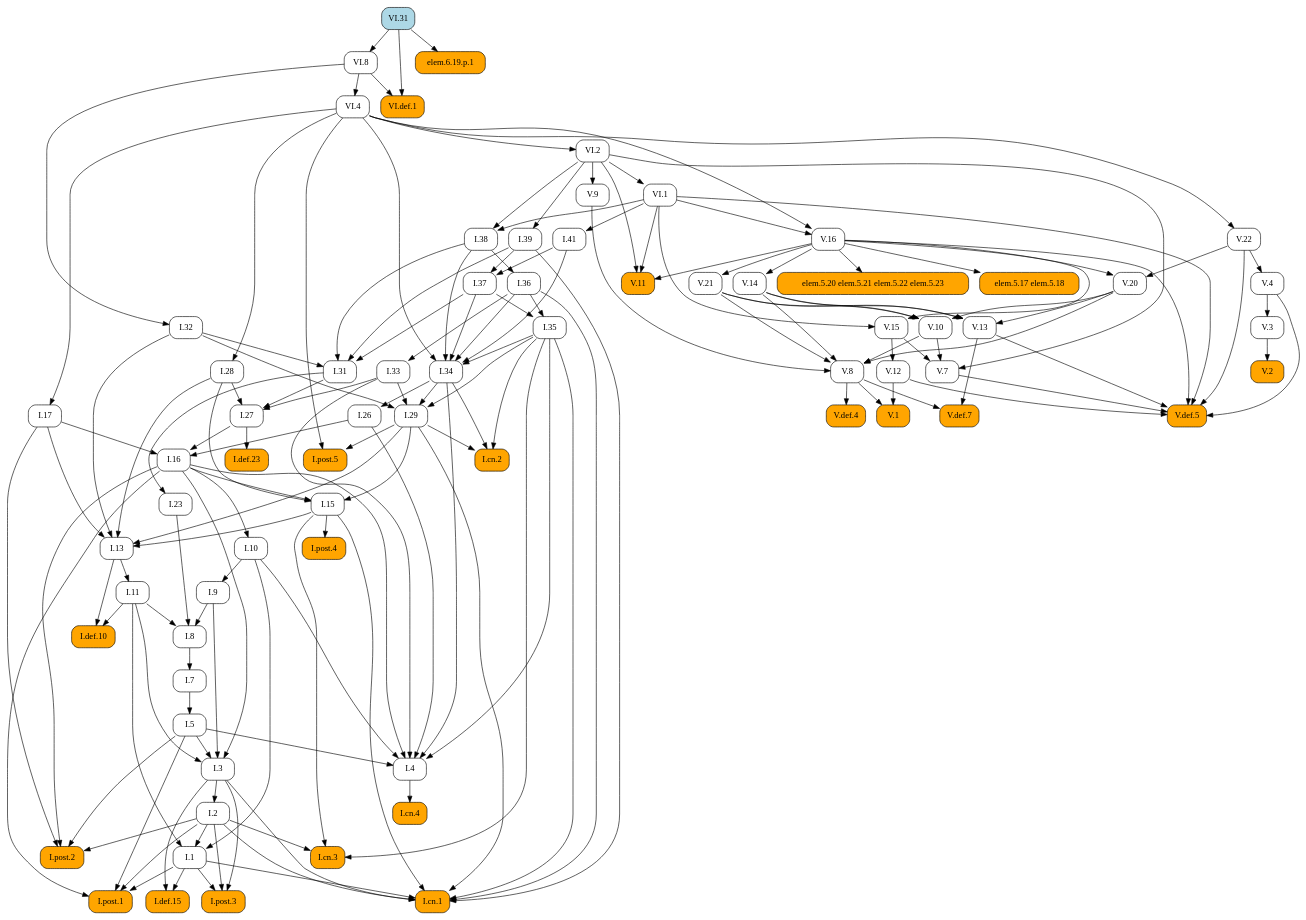
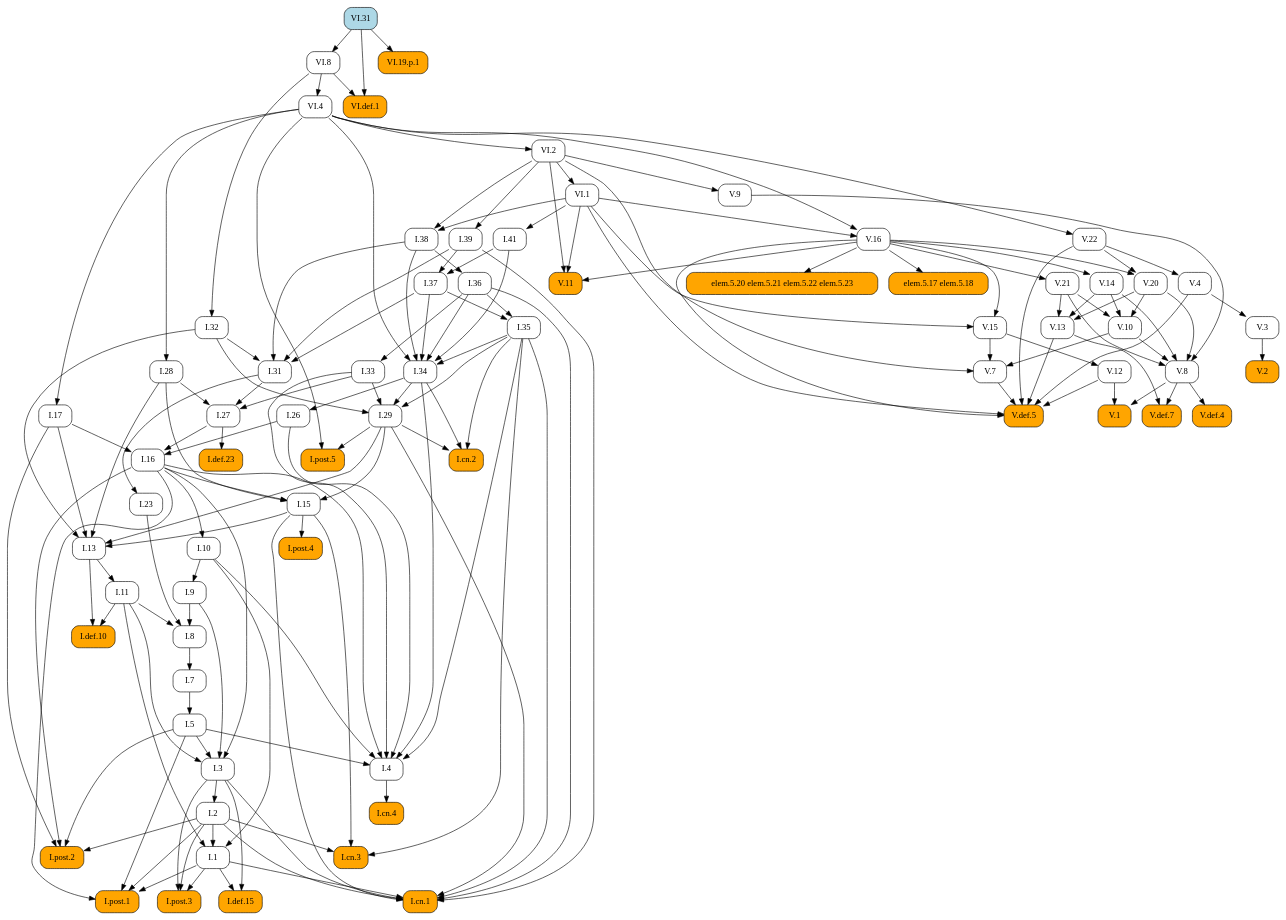
The diagram in docsrc/heath/VI/31/index.rst (geometor/elements), drawn with Graphviz before and after one commit. The commit also changed other lines of this file and 484 other files, not shown here.

```diff
--- a/docsrc/heath/VI/31/index.rst
+++ b/docsrc/heath/VI/31/index.rst
@@ -44,84 +44,173 @@
    digraph {
      rankdir="TB";
      node [shape=box, style=rounded];
+     "I.23" [URL="/heath/I/23/", target="_top"];
+     "I.9" [URL="/heath/I/9/", target="_top"];
+     "VI.def.1" [style="rounded,filled", fillcolor=orange, URL="/heath/VI/def.1/", target="_top"];
+     "V.13" [URL="/heath/V/13/", target="_top"];
+     "I.def.15" [style="rounded,filled", fillcolor=orange, URL="/heath/I/def.15/", target="_top"];
+     "V.7" [URL="/heath/V/7/", target="_top"];
+     "elem.5.17 elem.5.18" [style="rounded,filled", fillcolor=orange];
+     "I.post.1" [style="rounded,filled", fillcolor=orange, URL="/heath/I/post.1/", target="_top"];
+     "V.14" [URL="/heath/V/14/", target="_top"];
+     "V.9" [URL="/heath/V/9/", target="_top"];
+     "I.31" [URL="/heath/I/31/", target="_top"];
      "I.def.10" [style="rounded,filled", fillcolor=orange, URL="/heath/I/def.10/", target="_top"];
+     "V.10" [URL="/heath/V/10/", target="_top"];
+     "V.4" [URL="/heath/V/4/", target="_top"];
+     "VI.1" [URL="/heath/VI/1/", target="_top"];
+     "I.39" [URL="/heath/I/39/", target="_top"];
+     "V.11" [style="rounded,filled", fillcolor=orange, URL="/heath/V/11/", target="_top"];
+     "I.34" [URL="/heath/I/34/", target="_top"];
+     "I.3" [URL="/heath/I/3/", target="_top"];
+     "V.def.4" [style="rounded,filled", fillcolor=orange, URL="/heath/V/def.4/", target="_top"];
+     "V.def.7" [style="rounded,filled", fillcolor=orange, URL="/heath/V/def.7/", target="_top"];
+     "V.21" [URL="/heath/V/21/", target="_top"];
+     "I.2" [URL="/heath/I/2/", target="_top"];
+     "V.3" [URL="/heath/V/3/", target="_top"];
+     "I.13" [URL="/heath/I/13/", target="_top"];
+     "I.post.4" [style="rounded,filled", fillcolor=orange, URL="/heath/I/post.4/", target="_top"];
+     "I.4" [URL="/heath/I/4/", target="_top"];
+     "I.1" [URL="/heath/I/1/", target="_top"];
+     "I.17" [URL="/heath/I/17/", target="_top"];
+     "I.8" [URL="/heath/I/8/", target="_top"];
+     "I.29" [URL="/heath/I/29/", target="_top"];
+     "I.38" [URL="/heath/I/38/", target="_top"];
+     "V.8" [URL="/heath/V/8/", target="_top"];
+     "I.15" [URL="/heath/I/15/", target="_top"];
+     "I.10" [URL="/heath/I/10/", target="_top"];
      "I.11" [URL="/heath/I/11/", target="_top"];
-     "I.post.4" [style="rounded,filled", fillcolor=orange, URL="/heath/I/post.4/", target="_top"];
-     "I.28" [URL="/heath/I/28/", target="_top"];
-     "I.1" [URL="/heath/I/1/", target="_top"];
+     "I.def.23" [style="rounded,filled", fillcolor=orange, URL="/heath/I/def.23/", target="_top"];
+     "VI.8" [URL="/heath/VI/8/", target="_top"];
+     "VI.4" [URL="/heath/VI/4/", target="_top"];
+     "I.26" [URL="/heath/I/26/", target="_top"];
+     "VI.31" [style="rounded,filled", fillcolor=lightblue, URL="/heath/VI/31/", target="_top"];
+     "V.16" [URL="/heath/V/16/", target="_top"];
+     "I.33" [URL="/heath/I/33/", target="_top"];
+     "I.32" [URL="/heath/I/32/", target="_top"];
+     "I.post.3" [style="rounded,filled", fillcolor=orange, URL="/heath/I/post.3/", target="_top"];
      "V.def.5" [style="rounded,filled", fillcolor=orange, URL="/heath/V/def.5/", target="_top"];
-     "VI.31" [style="rounded,filled", fillcolor=lightblue, URL="/heath/VI/31/", target="_top"];
-     "V.13" [URL="/heath/V/13/", target="_top"];
-     "V.11" [style="rounded,filled", fillcolor=orange, URL="/heath/V/11/", target="_top"];
-     "I.post.3" [style="rounded,filled", fillcolor=orange, URL="/heath/I/post.3/", target="_top"];
-     "VI.1" [URL="/heath/VI/1/", target="_top"];
-     "I.cn.3" [style="rounded,filled", fillcolor=orange, URL="/heath/I/cn.3/", target="_top"];
-     "V.16" [URL="/heath/V/16/", target="_top"];
-     "VI.4" [URL="/heath/VI/4/", target="_top"];
-     "V.3" [URL="/heath/V/3/", target="_top"];
-     "V.8" [URL="/heath/V/8/", target="_top"];
      "I.27" [URL="/heath/I/27/", target="_top"];
-     "I.36" [URL="/heath/I/36/", target="_top"];
-     "I.41" [URL="/heath/I/41/", target="_top"];
-     "I.37" [URL="/heath/I/37/", target="_top"];
-     "I.34" [URL="/heath/I/34/", target="_top"];
-     "I.2" [URL="/heath/I/2/", target="_top"];
-     "I.def.23" [style="rounded,filled", fillcolor=orange, URL="/heath/I/def.23/", target="_top"];
-     "I.17" [URL="/heath/I/17/", target="_top"];
-     "I.33" [URL="/heath/I/33/", target="_top"];
-     "I.post.2" [style="rounded,filled", fillcolor=orange, URL="/heath/I/post.2/", target="_top"];
-     "VI.def.1" [style="rounded,filled", fillcolor=orange, URL="/heath/VI/def.1/", target="_top"];
-     "elem.5.20 elem.5.21 elem.5.22 elem.5.23" [style="rounded,filled", fillcolor=orange];
-     "I.9" [URL="/heath/I/9/", target="_top"];
-     "I.32" [URL="/heath/I/32/", target="_top"];
-     "I.cn.4" [style="rounded,filled", fillcolor=orange, URL="/heath/I/cn.4/", target="_top"];
-     "V.def.4" [style="rounded,filled", fillcolor=orange, URL="/heath/V/def.4/", target="_top"];
-     "I.15" [URL="/heath/I/15/", target="_top"];
-     "I.38" [URL="/heath/I/38/", target="_top"];
-     "V.def.7" [style="rounded,filled", fillcolor=orange, URL="/heath/V/def.7/", target="_top"];
-     "I.5" [URL="/heath/I/5/", target="_top"];
-     "V.21" [URL="/heath/V/21/", target="_top"];
-     "I.39" [URL="/heath/I/39/", target="_top"];
-     "I.26" [URL="/heath/I/26/", target="_top"];
-     "V.14" [URL="/heath/V/14/", target="_top"];
-     "I.29" [URL="/heath/I/29/", target="_top"];
-     "V.22" [URL="/heath/V/22/", target="_top"];
+     "V.20" [URL="/heath/V/20/", target="_top"];
      "V.12" [URL="/heath/V/12/", target="_top"];
-     "I.cn.2" [style="rounded,filled", fillcolor=orange, URL="/heath/I/cn.2/", target="_top"];
-     "V.20" [URL="/heath/V/20/", target="_top"];
-     "V.10" [URL="/heath/V/10/", target="_top"];
-     "VI.2" [URL="/heath/VI/2/", target="_top"];
-     "I.def.15" [style="rounded,filled", fillcolor=orange, URL="/heath/I/def.15/", target="_top"];
-     "V.15" [URL="/heath/V/15/", target="_top"];
+     "V.2" [style="rounded,filled", fillcolor=orange, URL="/heath/V/2/", target="_top"];
      "I.cn.1" [style="rounded,filled", fillcolor=orange, URL="/heath/I/cn.1/", target="_top"];
-     "V.7" [URL="/heath/V/7/", target="_top"];
-     "V.9" [URL="/heath/V/9/", target="_top"];
-     "I.23" [URL="/heath/I/23/", target="_top"];
-     "I.post.1" [style="rounded,filled", fillcolor=orange, URL="/heath/I/post.1/", target="_top"];
-     "elem.6.19.p.1" [style="rounded,filled", fillcolor=orange];
      "I.35" [URL="/heath/I/35/", target="_top"];
      "I.7" [URL="/heath/I/7/", target="_top"];
-     "I.3" [URL="/heath/I/3/", target="_top"];
-     "I.4" [URL="/heath/I/4/", target="_top"];
-     "I.13" [URL="/heath/I/13/", target="_top"];
-     "V.4" [URL="/heath/V/4/", target="_top"];
-     "I.31" [URL="/heath/I/31/", target="_top"];
+     "I.36" [URL="/heath/I/36/", target="_top"];
+     "I.5" [URL="/heath/I/5/", target="_top"];
+     "I.37" [URL="/heath/I/37/", target="_top"];
+     "VI.19.p.1" [style="rounded,filled", fillcolor=orange];
+     "I.cn.3" [style="rounded,filled", fillcolor=orange, URL="/heath/I/cn.3/", target="_top"];
+     "I.16" [URL="/heath/I/16/", target="_top"];
+     "V.22" [URL="/heath/V/22/", target="_top"];
      "V.1" [style="rounded,filled", fillcolor=orange, URL="/heath/V/1/", target="_top"];
-     "I.16" [URL="/heath/I/16/", target="_top"];
-     "elem.5.17 elem.5.18" [style="rounded,filled", fillcolor=orange];
-     "VI.8" [URL="/heath/VI/8/", target="_top"];
-     "I.8" [URL="/heath/I/8/", target="_top"];
-     "V.2" [style="rounded,filled", fillcolor=orange, URL="/heath/V/2/", target="_top"];
+     "I.cn.2" [style="rounded,filled", fillcolor=orange, URL="/heath/I/cn.2/", target="_top"];
      "I.post.5" [style="rounded,filled", fillcolor=orange, URL="/heath/I/post.5/", target="_top"];
-     "I.10" [URL="/heath/I/10/", target="_top"];
+     "I.28" [URL="/heath/I/28/", target="_top"];
+     "VI.2" [URL="/heath/VI/2/", target="_top"];
+     "I.cn.4" [style="rounded,filled", fillcolor=orange, URL="/heath/I/cn.4/", target="_top"];
+     "I.post.2" [style="rounded,filled", fillcolor=orange, URL="/heath/I/post.2/", target="_top"];
+     "V.15" [URL="/heath/V/15/", target="_top"];
+     "I.41" [URL="/heath/I/41/", target="_top"];
+     "elem.5.20 elem.5.21 elem.5.22 elem.5.23" [style="rounded,filled", fillcolor=orange];
+     "I.31" -> "I.23";
+     "I.10" -> "I.9";
+     "VI.8" -> "VI.def.1";
+     "VI.31" -> "VI.def.1";
+     "V.14" -> "V.13";
+     "V.20" -> "V.13";
+     "V.21" -> "V.13";
+     "I.1" -> "I.def.15";
+     "I.3" -> "I.def.15";
+     "V.10" -> "V.7";
+     "V.15" -> "V.7";
+     "VI.2" -> "V.7";
+     "V.16" -> "elem.5.17 elem.5.18";
+     "I.1" -> "I.post.1";
+     "I.2" -> "I.post.1";
+     "I.5" -> "I.post.1";
+     "I.16" -> "I.post.1";
+     "V.16" -> "V.14";
+     "VI.2" -> "V.9";
+     "I.32" -> "I.31";
+     "I.37" -> "I.31";
+     "I.38" -> "I.31";
+     "I.39" -> "I.31";
      "I.11" -> "I.def.10";
      "I.13" -> "I.def.10";
-     "I.13" -> "I.11";
+     "V.14" -> "V.10";
+     "V.20" -> "V.10";
+     "V.21" -> "V.10";
+     "V.22" -> "V.4";
+     "VI.2" -> "VI.1";
+     "VI.2" -> "I.39";
+     "V.16" -> "V.11";
+     "VI.1" -> "V.11";
+     "VI.2" -> "V.11";
+     "I.35" -> "I.34";
+     "I.36" -> "I.34";
+     "I.37" -> "I.34";
+     "I.38" -> "I.34";
+     "I.41" -> "I.34";
+     "VI.4" -> "I.34";
+     "I.5" -> "I.3";
+     "I.9" -> "I.3";
+     "I.11" -> "I.3";
+     "I.16" -> "I.3";
+     "V.8" -> "V.def.4";
+     "V.8" -> "V.def.7";
+     "V.13" -> "V.def.7";
+     "V.16" -> "V.21";
+     "I.3" -> "I.2";
+     "V.4" -> "V.3";
+     "I.15" -> "I.13";
+     "I.17" -> "I.13";
+     "I.28" -> "I.13";
+     "I.29" -> "I.13";
+     "I.32" -> "I.13";
      "I.15" -> "I.post.4";
-     "VI.4" -> "I.28";
+     "I.5" -> "I.4";
+     "I.10" -> "I.4";
+     "I.16" -> "I.4";
+     "I.26" -> "I.4";
+     "I.33" -> "I.4";
+     "I.34" -> "I.4";
+     "I.35" -> "I.4";
      "I.2" -> "I.1";
      "I.10" -> "I.1";
      "I.11" -> "I.1";
+     "VI.4" -> "I.17";
+     "I.9" -> "I.8";
+     "I.11" -> "I.8";
+     "I.23" -> "I.8";
+     "I.32" -> "I.29";
+     "I.33" -> "I.29";
+     "I.34" -> "I.29";
+     "I.35" -> "I.29";
+     "VI.1" -> "I.38";
+     "VI.2" -> "I.38";
+     "V.9" -> "V.8";
+     "V.10" -> "V.8";
+     "V.14" -> "V.8";
+     "V.20" -> "V.8";
+     "V.21" -> "V.8";
+     "I.16" -> "I.15";
+     "I.28" -> "I.15";
+     "I.29" -> "I.15";
+     "I.16" -> "I.10";
+     "I.13" -> "I.11";
+     "I.27" -> "I.def.23";
+     "VI.31" -> "VI.8";
+     "VI.8" -> "VI.4";
+     "I.34" -> "I.26";
+     "VI.1" -> "V.16";
+     "VI.4" -> "V.16";
+     "I.36" -> "I.33";
+     "VI.8" -> "I.32";
+     "I.1" -> "I.post.3";
+     "I.2" -> "I.post.3";
+     "I.3" -> "I.post.3";
      "V.4" -> "V.def.5";
      "V.7" -> "V.def.5";
      "V.12" -> "V.def.5";
@@ -129,87 +218,13 @@
      "V.16" -> "V.def.5";
      "V.22" -> "V.def.5";
      "VI.1" -> "V.def.5";
-     "V.14" -> "V.13";
-     "V.20" -> "V.13";
-     "V.21" -> "V.13";
-     "V.16" -> "V.11";
-     "VI.1" -> "V.11";
-     "VI.2" -> "V.11";
-     "I.1" -> "I.post.3";
-     "I.2" -> "I.post.3";
-     "I.3" -> "I.post.3";
-     "VI.2" -> "VI.1";
-     "I.2" -> "I.cn.3";
-     "I.15" -> "I.cn.3";
-     "I.35" -> "I.cn.3";
-     "VI.1" -> "V.16";
-     "VI.4" -> "V.16";
-     "VI.8" -> "VI.4";
-     "V.4" -> "V.3";
-     "V.9" -> "V.8";
-     "V.10" -> "V.8";
-     "V.14" -> "V.8";
-     "V.20" -> "V.8";
-     "V.21" -> "V.8";
      "I.28" -> "I.27";
      "I.31" -> "I.27";
      "I.33" -> "I.27";
-     "I.38" -> "I.36";
-     "VI.1" -> "I.41";
-     "I.39" -> "I.37";
-     "I.41" -> "I.37";
-     "I.35" -> "I.34";
-     "I.36" -> "I.34";
-     "I.37" -> "I.34";
-     "I.38" -> "I.34";
-     "I.41" -> "I.34";
-     "VI.4" -> "I.34";
-     "I.3" -> "I.2";
-     "I.27" -> "I.def.23";
-     "VI.4" -> "I.17";
-     "I.36" -> "I.33";
-     "I.2" -> "I.post.2";
-     "I.5" -> "I.post.2";
-     "I.16" -> "I.post.2";
-     "I.17" -> "I.post.2";
-     "VI.8" -> "VI.def.1";
-     "VI.31" -> "VI.def.1";
-     "V.16" -> "elem.5.20 elem.5.21 elem.5.22 elem.5.23";
-     "I.10" -> "I.9";
-     "VI.8" -> "I.32";
-     "I.4" -> "I.cn.4";
-     "V.8" -> "V.def.4";
-     "I.16" -> "I.15";
-     "I.28" -> "I.15";
-     "I.29" -> "I.15";
-     "VI.1" -> "I.38";
-     "VI.2" -> "I.38";
-     "V.8" -> "V.def.7";
-     "V.13" -> "V.def.7";
-     "I.7" -> "I.5";
-     "V.16" -> "V.21";
-     "VI.2" -> "I.39";
-     "I.34" -> "I.26";
-     "V.16" -> "V.14";
-     "I.32" -> "I.29";
-     "I.33" -> "I.29";
-     "I.34" -> "I.29";
-     "I.35" -> "I.29";
-     "VI.4" -> "V.22";
-     "V.15" -> "V.12";
-     "I.29" -> "I.cn.2";
-     "I.34" -> "I.cn.2";
-     "I.35" -> "I.cn.2";
      "V.16" -> "V.20";
      "V.22" -> "V.20";
-     "V.14" -> "V.10";
-     "V.20" -> "V.10";
-     "V.21" -> "V.10";
-     "VI.4" -> "VI.2";
-     "I.1" -> "I.def.15";
-     "I.3" -> "I.def.15";
-     "V.16" -> "V.15";
-     "VI.1" -> "V.15";
+     "V.15" -> "V.12";
+     "V.3" -> "V.2";
      "I.1" -> "I.cn.1";
      "I.2" -> "I.cn.1";
      "I.3" -> "I.cn.1";
@@ -218,52 +233,37 @@
      "I.35" -> "I.cn.1";
      "I.36" -> "I.cn.1";
      "I.39" -> "I.cn.1";
-     "V.10" -> "V.7";
-     "V.15" -> "V.7";
-     "VI.2" -> "V.7";
-     "VI.2" -> "V.9";
-     "I.31" -> "I.23";
-     "I.1" -> "I.post.1";
-     "I.2" -> "I.post.1";
-     "I.5" -> "I.post.1";
-     "I.16" -> "I.post.1";
-     "VI.31" -> "elem.6.19.p.1";
      "I.36" -> "I.35";
      "I.37" -> "I.35";
      "I.8" -> "I.7";
-     "I.5" -> "I.3";
-     "I.9" -> "I.3";
-     "I.11" -> "I.3";
-     "I.16" -> "I.3";
-     "I.5" -> "I.4";
-     "I.10" -> "I.4";
-     "I.16" -> "I.4";
-     "I.26" -> "I.4";
-     "I.33" -> "I.4";
-     "I.34" -> "I.4";
-     "I.35" -> "I.4";
-     "I.15" -> "I.13";
-     "I.17" -> "I.13";
-     "I.28" -> "I.13";
-     "I.29" -> "I.13";
-     "I.32" -> "I.13";
-     "V.22" -> "V.4";
-     "I.32" -> "I.31";
-     "I.37" -> "I.31";
-     "I.38" -> "I.31";
-     "I.39" -> "I.31";
-     "V.8" -> "V.1";
-     "V.12" -> "V.1";
+     "I.38" -> "I.36";
+     "I.7" -> "I.5";
+     "I.39" -> "I.37";
+     "I.41" -> "I.37";
+     "VI.31" -> "VI.19.p.1";
+     "I.2" -> "I.cn.3";
+     "I.15" -> "I.cn.3";
+     "I.35" -> "I.cn.3";
      "I.17" -> "I.16";
      "I.26" -> "I.16";
      "I.27" -> "I.16";
-     "V.16" -> "elem.5.17 elem.5.18";
-     "VI.31" -> "VI.8";
-     "I.9" -> "I.8";
-     "I.11" -> "I.8";
-     "I.23" -> "I.8";
-     "V.3" -> "V.2";
+     "VI.4" -> "V.22";
+     "V.8" -> "V.1";
+     "V.12" -> "V.1";
+     "I.29" -> "I.cn.2";
+     "I.34" -> "I.cn.2";
+     "I.35" -> "I.cn.2";
      "I.29" -> "I.post.5";
      "VI.4" -> "I.post.5";
-     "I.16" -> "I.10";
+     "VI.4" -> "I.28";
+     "VI.4" -> "VI.2";
+     "I.4" -> "I.cn.4";
+     "I.2" -> "I.post.2";
+     "I.5" -> "I.post.2";
+     "I.16" -> "I.post.2";
+     "I.17" -> "I.post.2";
+     "V.16" -> "V.15";
+     "VI.1" -> "V.15";
+     "VI.1" -> "I.41";
+     "V.16" -> "elem.5.20 elem.5.21 elem.5.22 elem.5.23";
    }
```
